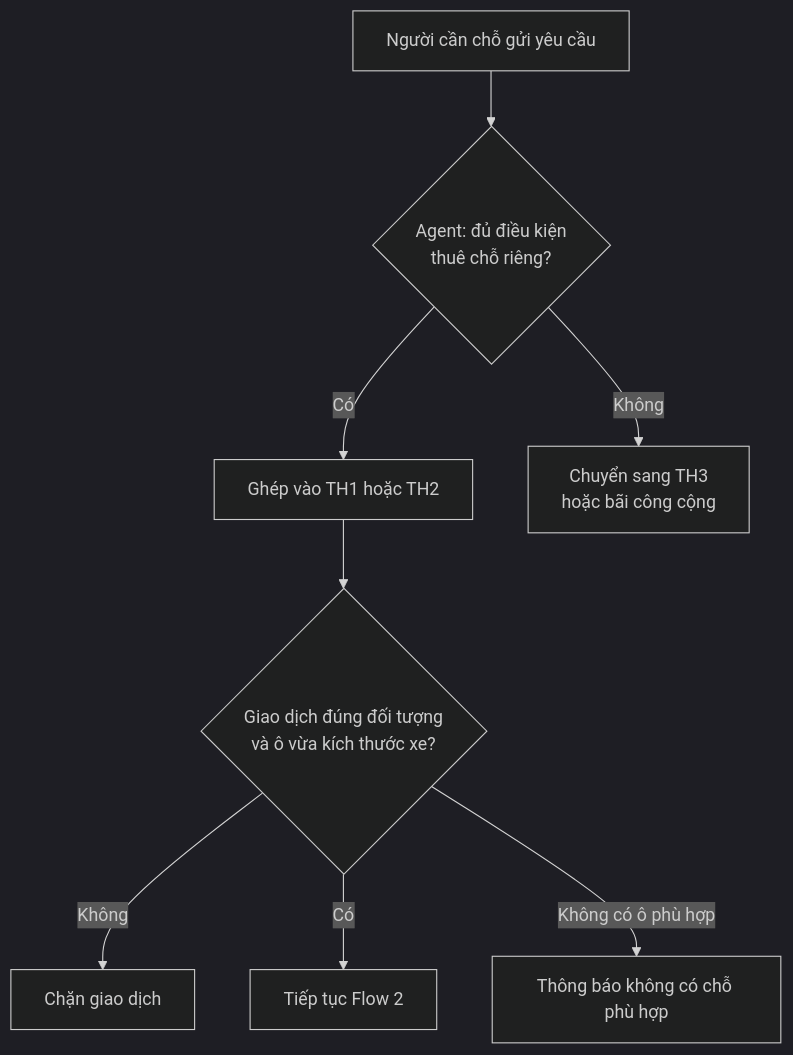
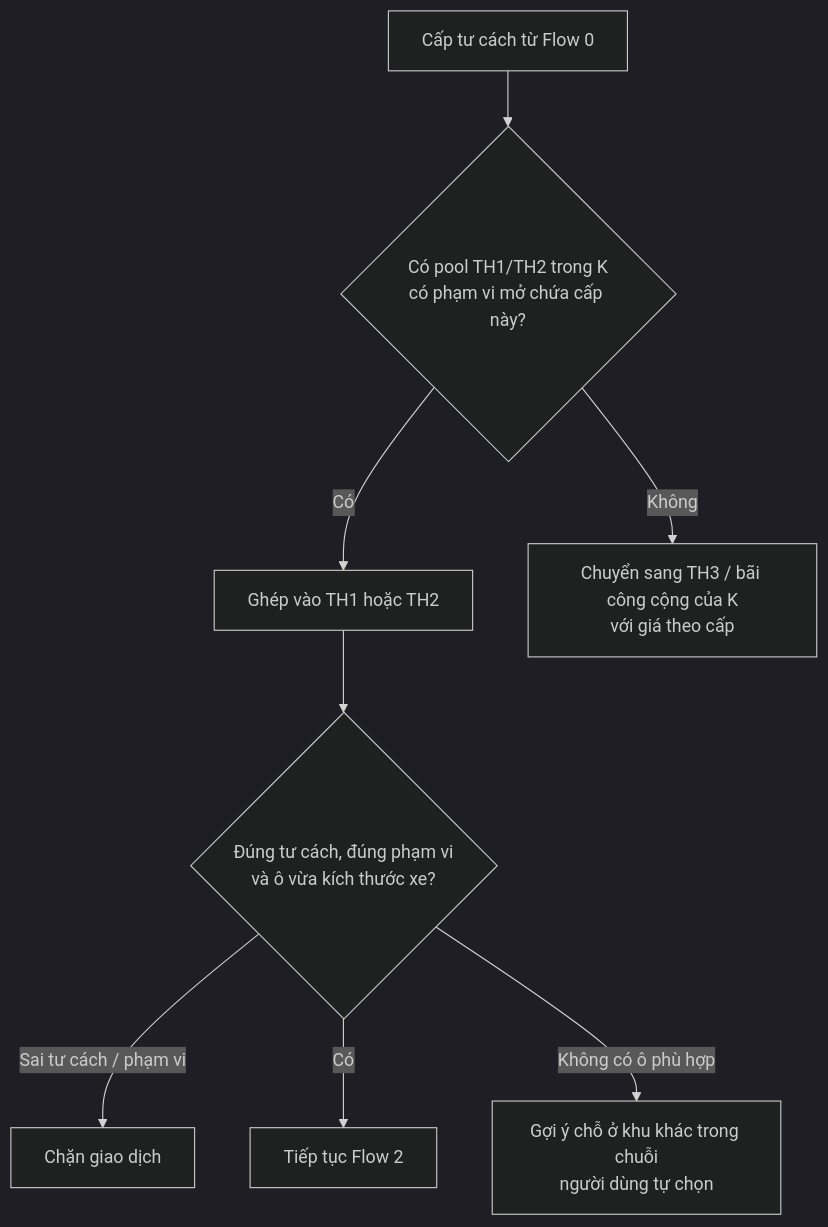
Before and after one commit to leewinie2104-lang/AITC-t-142: the second of 7 diagrams in docs/01-product/ux/user-flow.md, drawn with Mermaid (dark theme). The commit also changed other lines of this file and 28 other files, not shown here.

Commit message:
docs: update docs/01-product, create documents in docs/02-architecture

````diff
--- a/docs/01-product/ux/user-flow.md
+++ b/docs/01-product/ux/user-flow.md
@@ -11,10 +29,10 @@
 ```mermaid
 flowchart TD
-    A[Người cần chỗ gửi yêu cầu] --> B{Agent: đủ điều kiện<br/>thuê chỗ riêng?}
+    A[Cấp tư cách từ Flow 0] --> B{Có pool TH1/TH2 trong K<br/>có phạm vi mở chứa cấp này?}
     B -- Có --> C[Ghép vào TH1 hoặc TH2]
-    B -- Không --> D[Chuyển sang TH3<br/>hoặc bãi công cộng]
-    C --> E{Giao dịch đúng đối tượng<br/>và ô vừa kích thước xe?}
-    E -- Không --> F[Chặn giao dịch]
+    B -- Không --> D[Chuyển sang TH3 / bãi công cộng của K<br/>với giá theo cấp]
+    C --> E{Đúng tư cách, đúng phạm vi<br/>và ô vừa kích thước xe?}
+    E -- Sai tư cách / phạm vi --> F[Chặn giao dịch]
     E -- Có --> G[Tiếp tục Flow 2]
-    E -- Không có ô phù hợp --> X[Thông báo không có chỗ phù hợp]
+    E -- Không có ô phù hợp --> X[Gợi ý chỗ ở khu khác trong chuỗi<br/>người dùng tự chọn]
 ```
````
